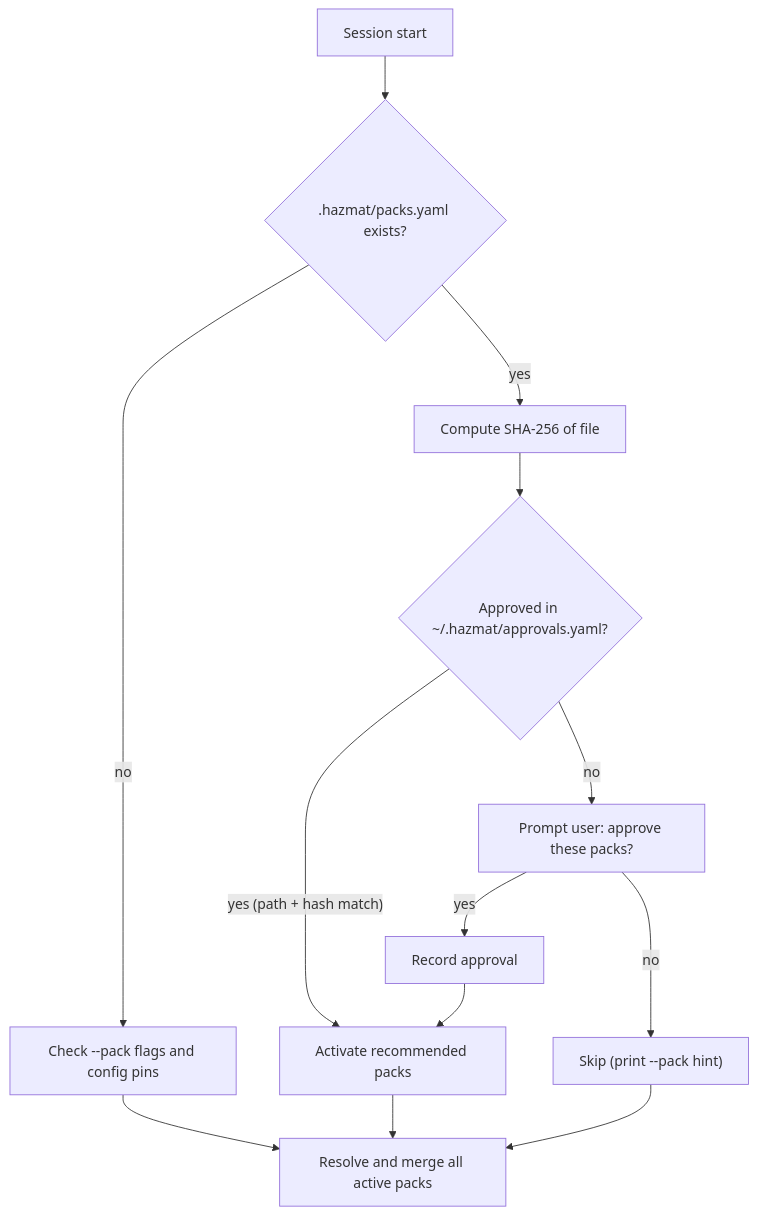
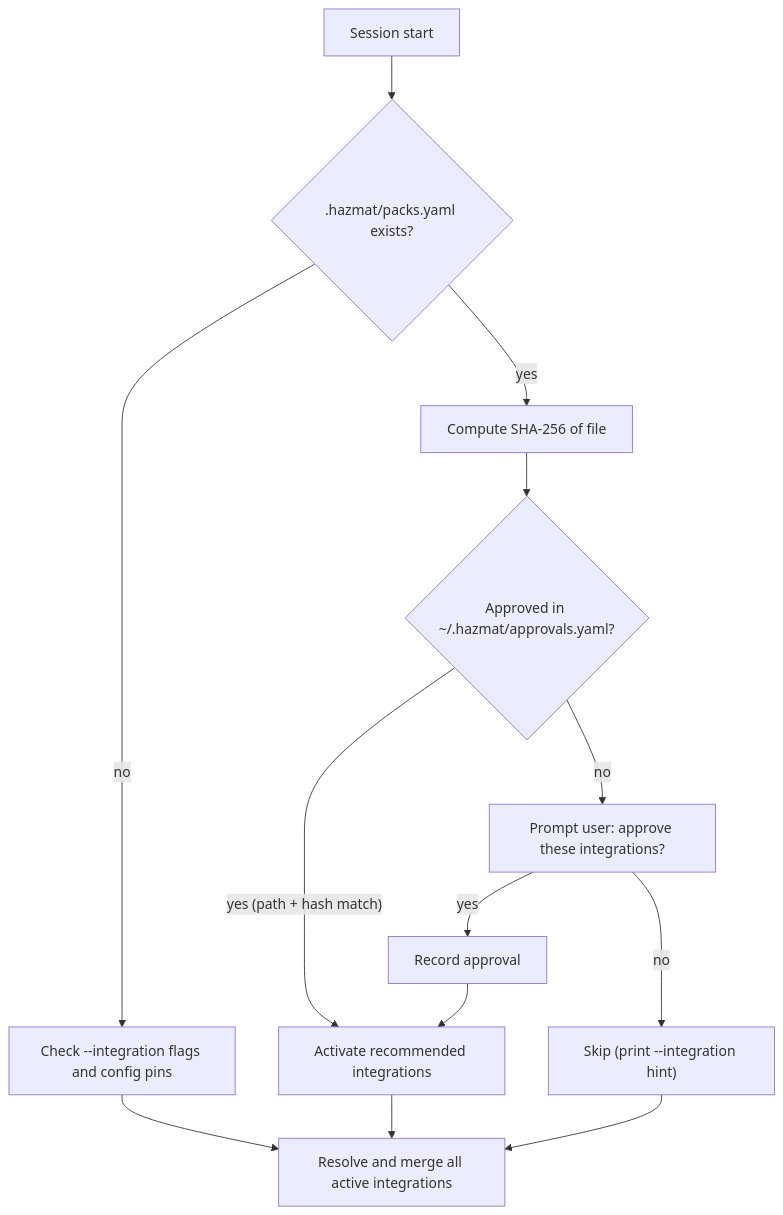
One commit to dredozubov/hazmat changed the second of 2 diagrams in docs/stack-packs.md. Above: the diagram before and after it, drawn with Mermaid. The commit also changed other lines of this file and 5 other files, not shown here.

Commit message:
docs: reframe packs as integrations

````diff
--- a/docs/stack-packs.md
+++ b/docs/stack-packs.md
@@ -160,14 +186,14 @@
 ```mermaid
 flowchart TD
     A[Session start] --> B{.hazmat/packs.yaml exists?}
-    B -- no --> C[Check --pack flags and config pins]
+    B -- no --> C[Check --integration flags and config pins]
     B -- yes --> D[Compute SHA-256 of file]
     D --> E{Approved in ~/.hazmat/approvals.yaml?}
-    E -- "yes (path + hash match)" --> F[Activate recommended packs]
-    E -- no --> G[Prompt user: approve these packs?]
+    E -- "yes (path + hash match)" --> F[Activate recommended integrations]
+    E -- no --> G[Prompt user: approve these integrations?]
     G -- yes --> H[Record approval] --> F
-    G -- no --> I["Skip (print --pack hint)"]
-    C --> J[Resolve and merge all active packs]
+    G -- no --> I["Skip (print --integration hint)"]
+    C --> J[Resolve and merge all active integrations]
     F --> J
     I --> J
 ```
````
